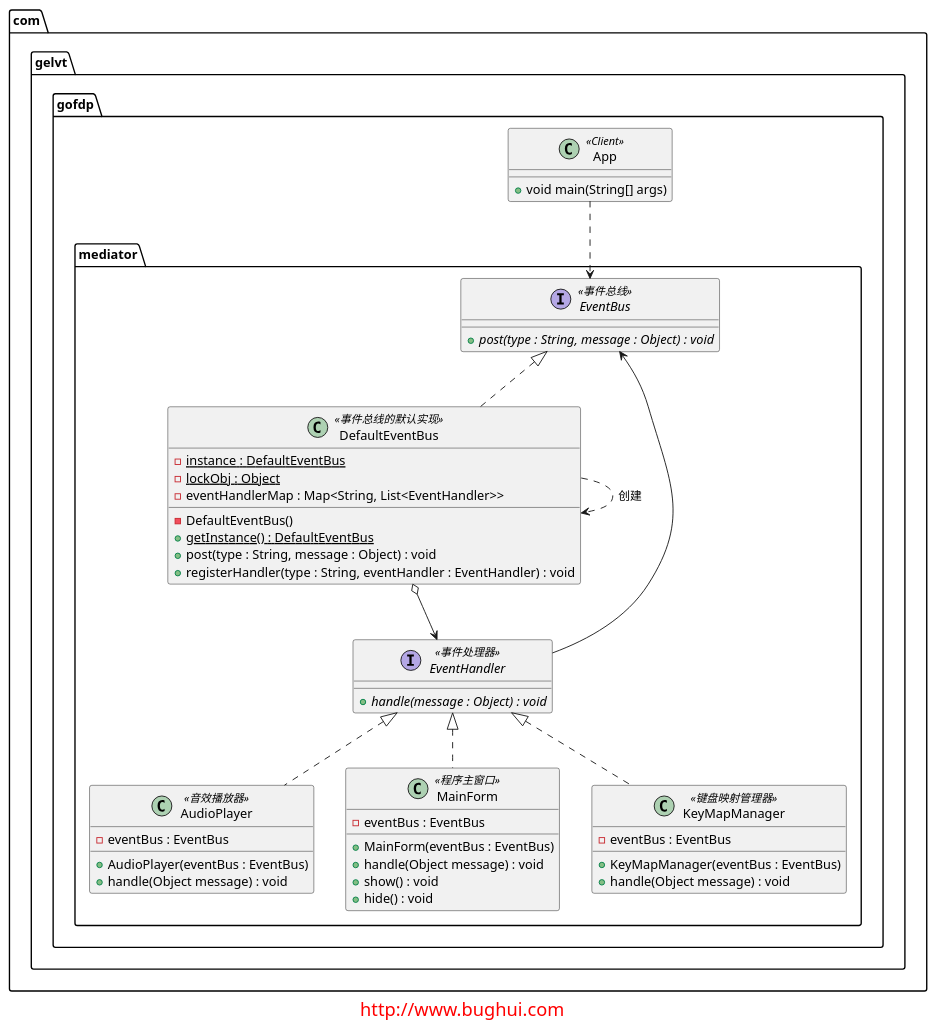
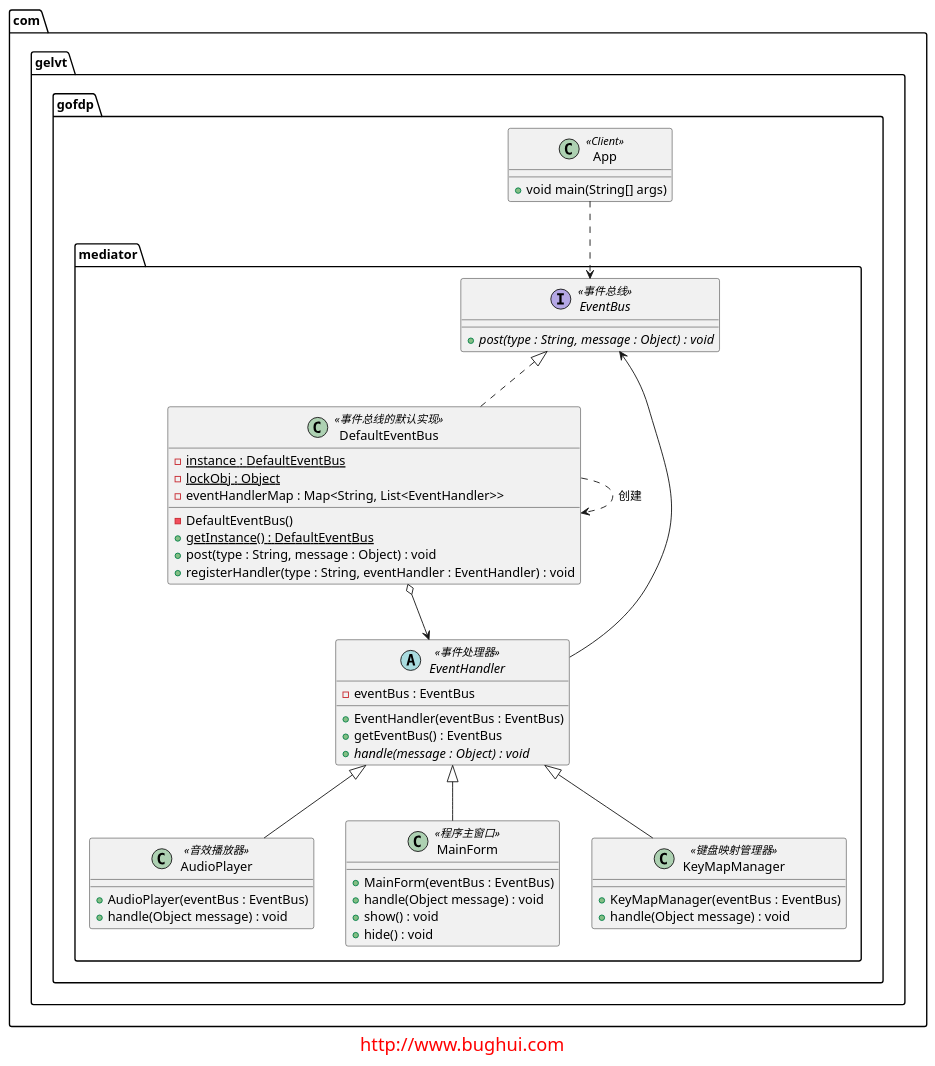
One commit to elvinzeng/java-design-pattern-samples changed the diagram in mediator/diagrams/mediator.puml. Above: the diagram before and after it, drawn with PlantUML. The commit also changed 1 other file, not shown here.

Commit message:
更新调停者模式例子类图

```diff
--- a/mediator/diagrams/mediator.puml
+++ b/mediator/diagrams/mediator.puml
@@ -1,64 +1,64 @@
 @startuml
 
 package com.gelvt.gofdp.mediator{
     interface EventBus<<事件总线>>{
         + {abstract} post(type : String, message : Object) : void
     }
 
     class DefaultEventBus <<事件总线的默认实现>>{
         - {static} instance : DefaultEventBus
         - {static} lockObj : Object
         - eventHandlerMap : Map<String, List<EventHandler>>
         - DefaultEventBus()
         + {static} getInstance() : DefaultEventBus
         + post(type : String, message : Object) : void
         + registerHandler(type : String, eventHandler : EventHandler) : void
     }
 
-    interface EventHandler<<事件处理器>> {
+    abstract class EventHandler<<事件处理器>> {
+        - eventBus : EventBus
+        + EventHandler(eventBus : EventBus)
+        + getEventBus() : EventBus
         + {abstract} handle(message : Object) : void
     }
 
     class AudioPlayer<<音效播放器>>{
-        - eventBus : EventBus
         + AudioPlayer(eventBus : EventBus)
         + handle(Object message) : void
     }
 
     class MainForm<<程序主窗口>>{
-        - eventBus : EventBus
         + MainForm(eventBus : EventBus)
         + handle(Object message) : void
         + show() : void
         + hide() : void
     }
 
     class KeyMapManager<<键盘映射管理器>>{
-        - eventBus : EventBus
         + KeyMapManager(eventBus : EventBus)
         + handle(Object message) : void
     }
 
     EventBus <-- EventHandler
     EventBus <|.. DefaultEventBus
     DefaultEventBus ..> DefaultEventBus : "创建"
     DefaultEventBus o--> EventHandler
 
-    EventHandler <|.. AudioPlayer
-    EventHandler <|.. MainForm
-    EventHandler <|.. KeyMapManager
+    EventHandler <|-- AudioPlayer
+    EventHandler <|-- MainForm
+    EventHandler <|-- KeyMapManager
 }
 
 package com.gelvt.gofdp{
     class App <<Client>>{
         + void main(String[] args)
     }
 }
 
 App ..> EventBus
 
 footer
 <font size="20" color="red">http://www.bughui.com</font>
 endfooter
 
 @enduml
```
